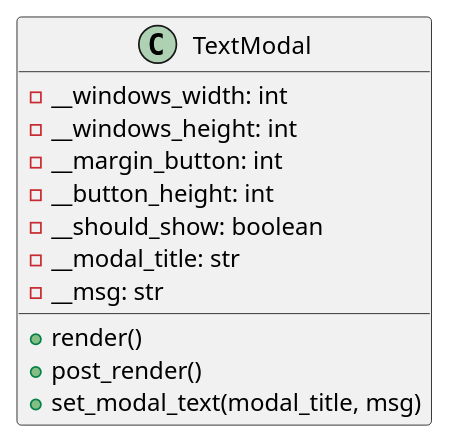
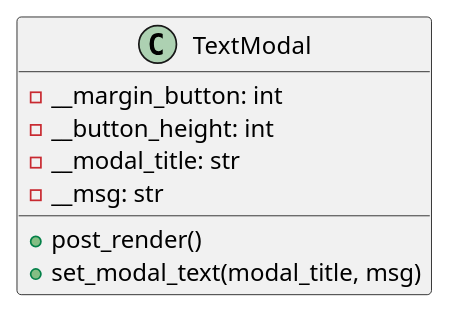
One commit to ferpoble2/Relief_Creator changed the diagram in docs/classes/TextModal.puml. Above: the diagram before and after it, drawn with PlantUML. The commit also changed 28 other files, not shown here.

```diff
--- a/docs/classes/TextModal.puml
+++ b/docs/classes/TextModal.puml
@@ -1,16 +1,12 @@
 @startuml
 class TextModal {
-    - __windows_width: int
-    - __windows_height: int
     - __margin_button: int
     - __button_height: int
-    - __should_show: boolean
     - __modal_title: str
     - __msg: str
 
-    + render()
     + post_render()
     + set_modal_text(modal_title, msg)
 }
 
 @enduml
```
